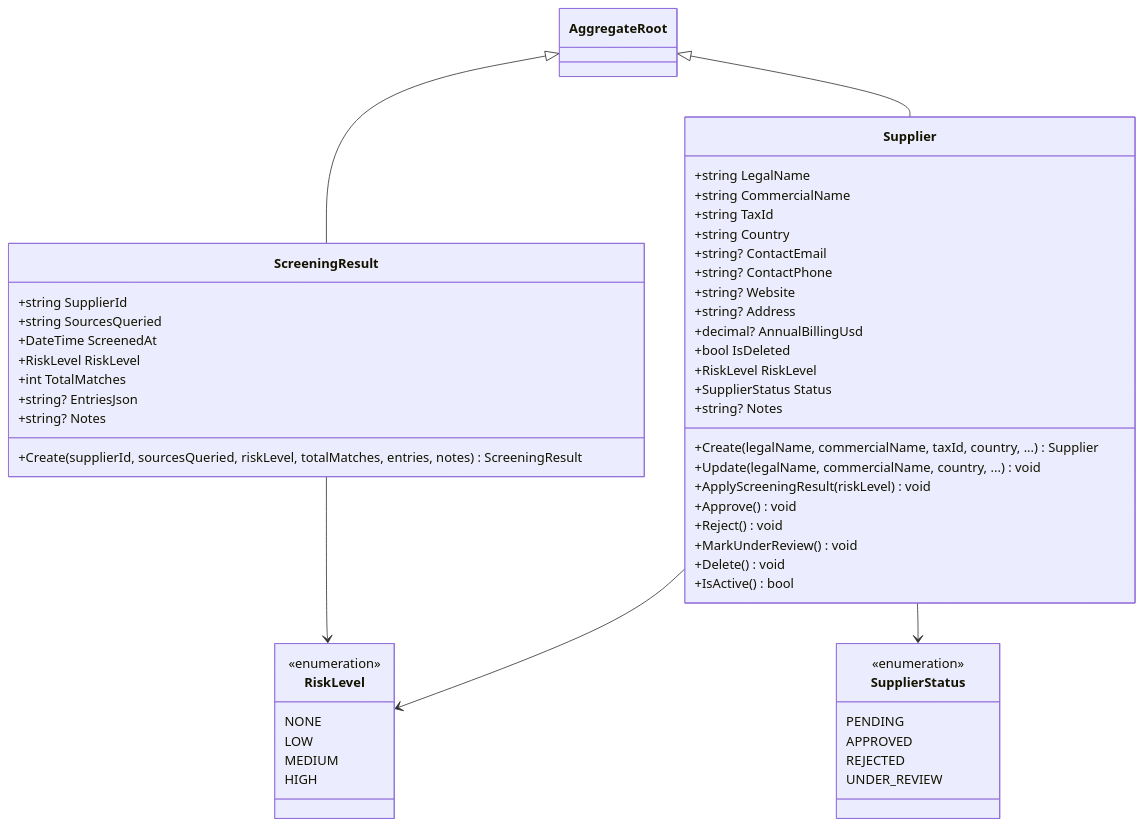
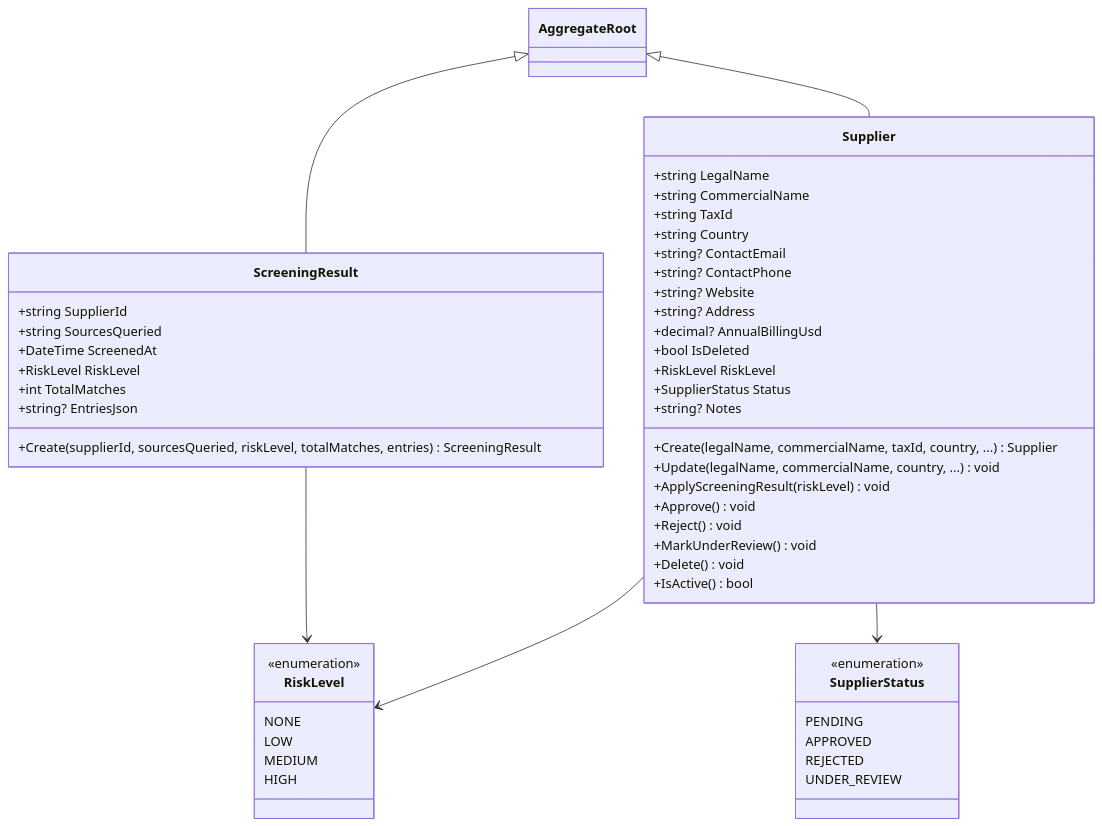
One commit to compliance-hub-jmyr/risk-screening-api changed diagram 12 of 12 in docs/architecture/c4-diagrams.es.md. Above: the diagram before and after it, drawn with Mermaid. The commit also changed 5 other files, not shown here.

First line of the commit message:
refactor(Suppliers): remove `Notes` field from domain, schema, and documentation

````diff
--- a/docs/architecture/c4-diagrams.es.md
+++ b/docs/architecture/c4-diagrams.es.md
@@ -618,59 +618,58 @@
 ```mermaid
 classDiagram
     class Supplier {
         +string LegalName
         +string CommercialName
         +string TaxId
         +string Country
         +string? ContactEmail
         +string? ContactPhone
         +string? Website
         +string? Address
         +decimal? AnnualBillingUsd
         +bool IsDeleted
         +RiskLevel RiskLevel
         +SupplierStatus Status
         +string? Notes
         +Create(legalName, commercialName, taxId, country, ...) Supplier
         +Update(legalName, commercialName, country, ...) void
         +ApplyScreeningResult(riskLevel) void
         +Approve() void
         +Reject() void
         +MarkUnderReview() void
         +Delete() void
         +IsActive() bool
     }
 
     class ScreeningResult {
         +string SupplierId
         +string SourcesQueried
         +DateTime ScreenedAt
         +RiskLevel RiskLevel
         +int TotalMatches
         +string? EntriesJson
-        +string? Notes
-        +Create(supplierId, sourcesQueried, riskLevel, totalMatches, entries, notes) ScreeningResult
+        +Create(supplierId, sourcesQueried, riskLevel, totalMatches, entries) ScreeningResult
     }
 
     class RiskLevel {
         <<enumeration>>
         NONE
         LOW
         MEDIUM
         HIGH
     }
 
     class SupplierStatus {
         <<enumeration>>
         PENDING
         APPROVED
         REJECTED
         UNDER_REVIEW
     }
 
     AggregateRoot <|-- Supplier
     AggregateRoot <|-- ScreeningResult
     Supplier --> RiskLevel
     Supplier --> SupplierStatus
     ScreeningResult --> RiskLevel
 ```
````
